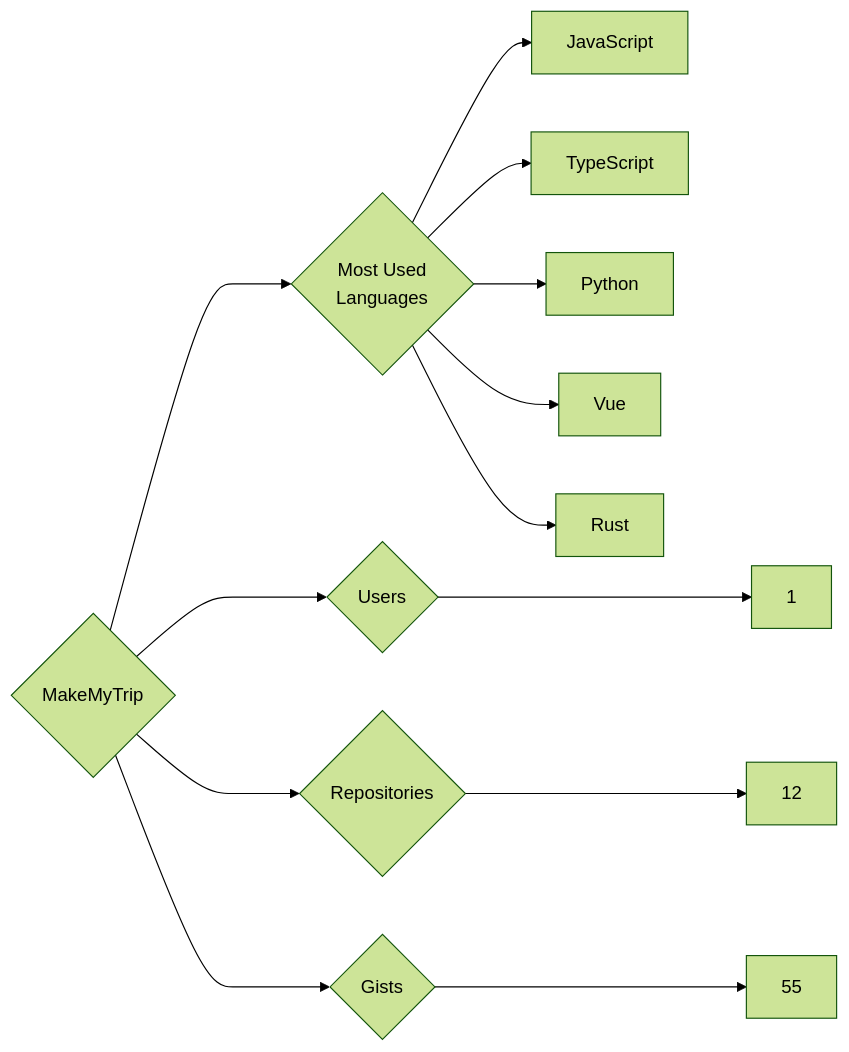
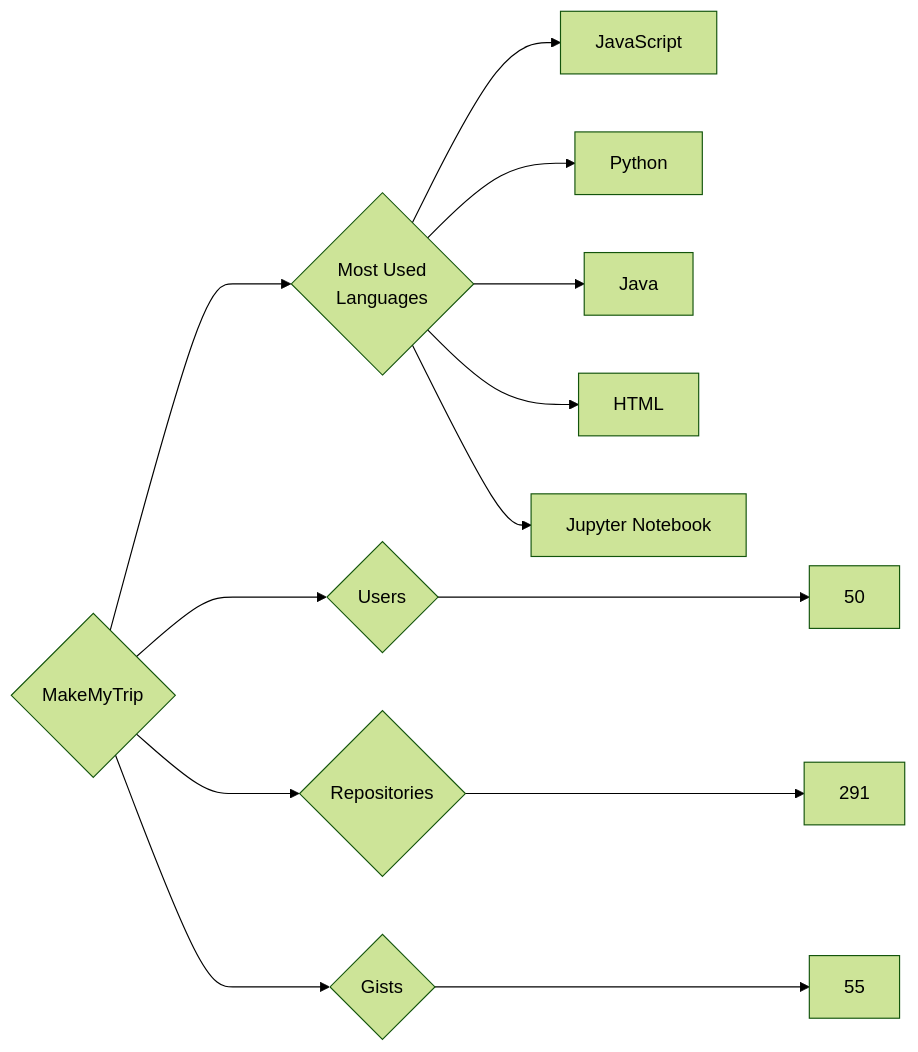
Before and after one commit to trickest/insiders: the diagram in targets/MakeMyTrip/README.md, drawn with Mermaid (forest theme). The commit also changed 874 other files, not shown here.

````diff
--- a/targets/MakeMyTrip/README.md
+++ b/targets/MakeMyTrip/README.md
@@ -3,13 +3,13 @@
 ```mermaid
 graph LR
 COMPANY_NAME{MakeMyTrip}
-COMPANY_NAME ---> U{Users} ---> UN[1]
-COMPANY_NAME ---> R{Repositories} ---> RN[12]
+COMPANY_NAME ---> U{Users} ---> UN[50]
+COMPANY_NAME ---> R{Repositories} ---> RN[291]
 COMPANY_NAME ---> G{Gists} ---> GN[55]
 COMPANY_NAME ---> ML{Most Used<br>Languages}
 ML --> JavaScript[JavaScript]
-ML --> TypeScript[TypeScript]
 ML --> Python[Python]
-ML --> Vue[Vue]
-ML --> Rust[Rust]
+ML --> Java[Java]
+ML --> HTML[HTML]
+ML --> Jupyter_Notebook[Jupyter Notebook]
 ```
````
